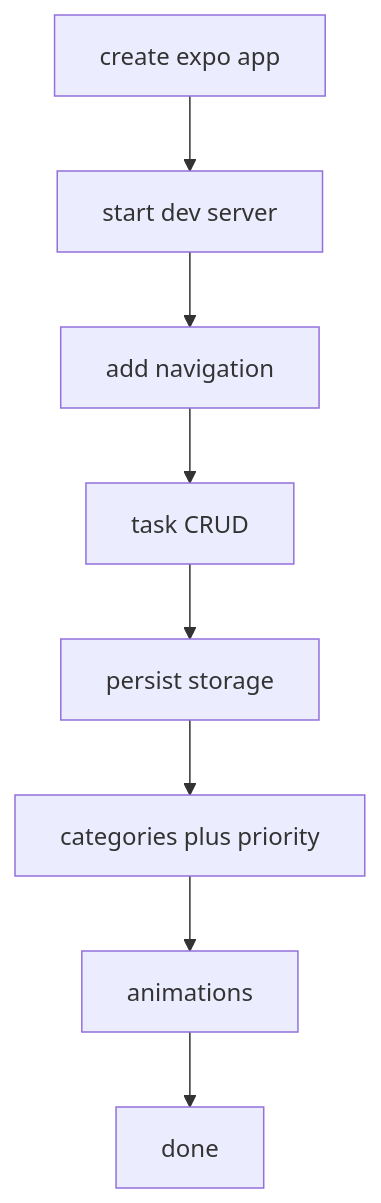
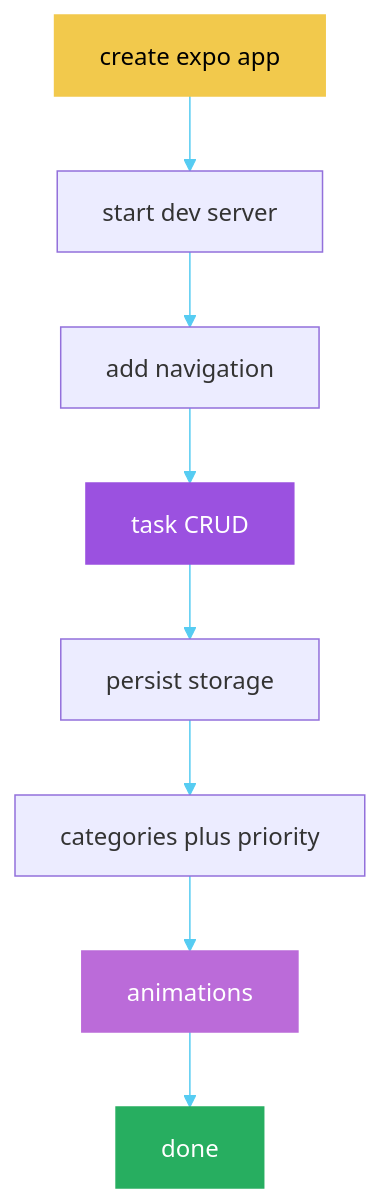
The seventh of 13 diagrams in Graphs/Dev-Tasks-Diagrams.md (444Nazky/My-Vault), drawn with Mermaid before and after one commit. The commit also changed other lines of this file and 15 other files, not shown here.

````diff
--- a/Graphs/Dev-Tasks-Diagrams.md
+++ b/Graphs/Dev-Tasks-Diagrams.md
@@ -76,10 +108,15 @@
 ```mermaid
+%%{init: {'theme': 'default', 'themeVariables': { 'primaryColor': '#56CCF2', 'lineColor': '#56CCF2'}}}%%
 flowchart TD
  A["create expo app"] --> B["start dev server"]
  B --> C["add navigation"]
  C --> D["task CRUD"]
  D --> E["persist storage"]
  E --> F["categories plus priority"]
  F --> G["animations"]
  G --> H["done"]
+ style A fill:#F2C94C,stroke:#F2C94C,color:#000
+ style D fill:#9B51E0,stroke:#9B51E0,color:#fff
+ style G fill:#BB6BD9,stroke:#BB6BD9,color:#fff
+ style H fill:#27AE60,stroke:#27AE60,color:#fff
 ```
````
